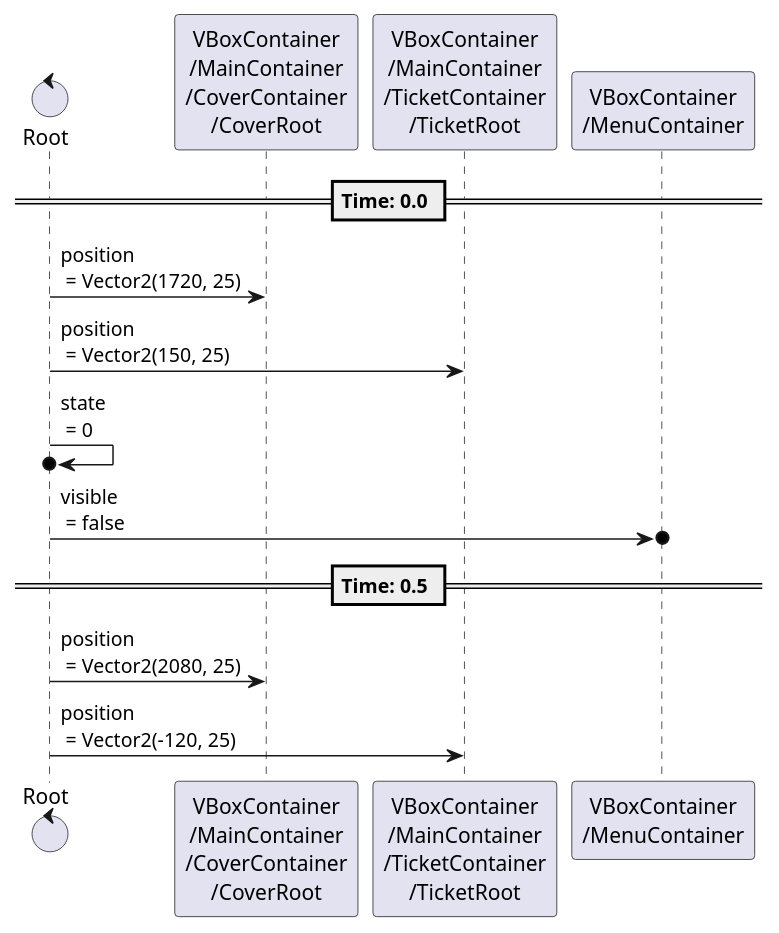
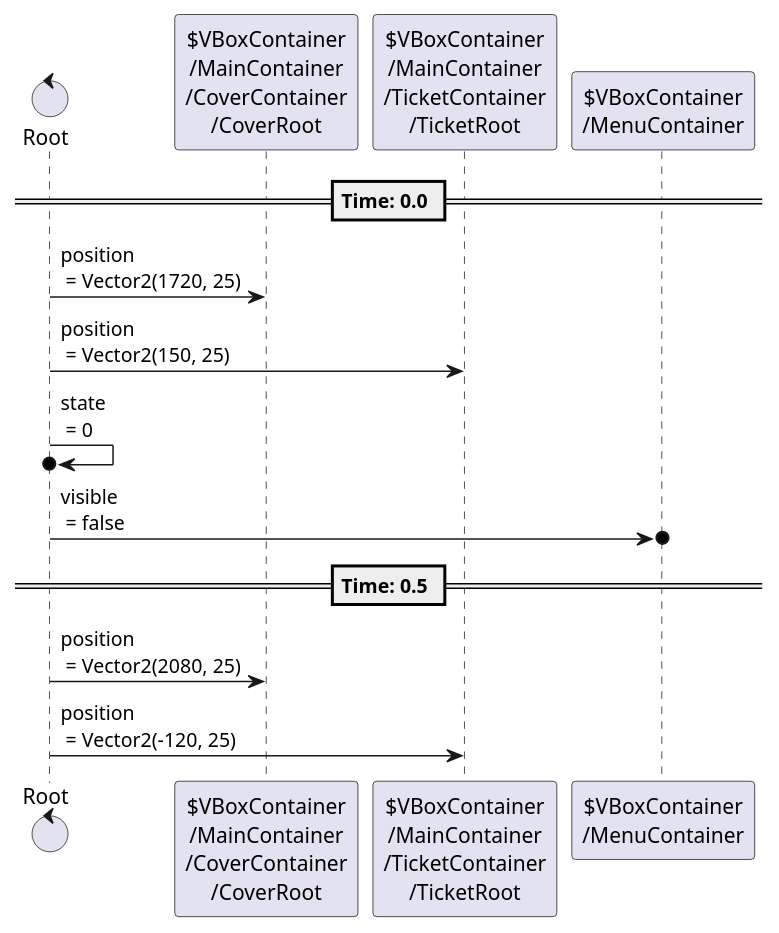
Before and after one commit to tkmfujise/Platformer-Game-Learning: the sixth of 7 diagrams in content/scenes/src/account/account.tscn.adoc, drawn with PlantUML. The commit also changed other lines of this file and 31 other files, not shown here.

Commit message:
Add prefix $ to node name in animation sequences

```diff
--- a/content/scenes/src/account/account.tscn.adoc
+++ b/content/scenes/src/account/account.tscn.adoc
@@ -510,20 +510,20 @@
 [plantuml]
 ....
-control "Root" as Root
-participant "VBoxContainer\n/MainContainer\n/CoverContainer\n/CoverRoot" as T0
-participant "VBoxContainer\n/MainContainer\n/TicketContainer\n/TicketRoot" as T1
-participant "VBoxContainer\n/MenuContainer" as T3
+control "Root" as R
+participant "$VBoxContainer\n/MainContainer\n/CoverContainer\n/CoverRoot" as T0
+participant "$VBoxContainer\n/MainContainer\n/TicketContainer\n/TicketRoot" as T1
+participant "$VBoxContainer\n/MenuContainer" as T3
 
 
 
 == Time: 0.0 ==
-Root  ->  T0 : position\n = Vector2(1720, 25)
-Root  ->  T1 : position\n = Vector2(150, 25)
-Root  ->o  Root : state\n = 0
-Root  ->o  T3 : visible\n = false
+R  ->  T0 : position\n = Vector2(1720, 25)
+R  ->  T1 : position\n = Vector2(150, 25)
+R  ->o  R : state\n = 0
+R  ->o  T3 : visible\n = false
 == Time: 0.5 ==
-Root  ->  T0 : position\n = Vector2(2080, 25)
-Root  ->  T1 : position\n = Vector2(-120, 25)
+R  ->  T0 : position\n = Vector2(2080, 25)
+R  ->  T1 : position\n = Vector2(-120, 25)
 
 
 ....
```
